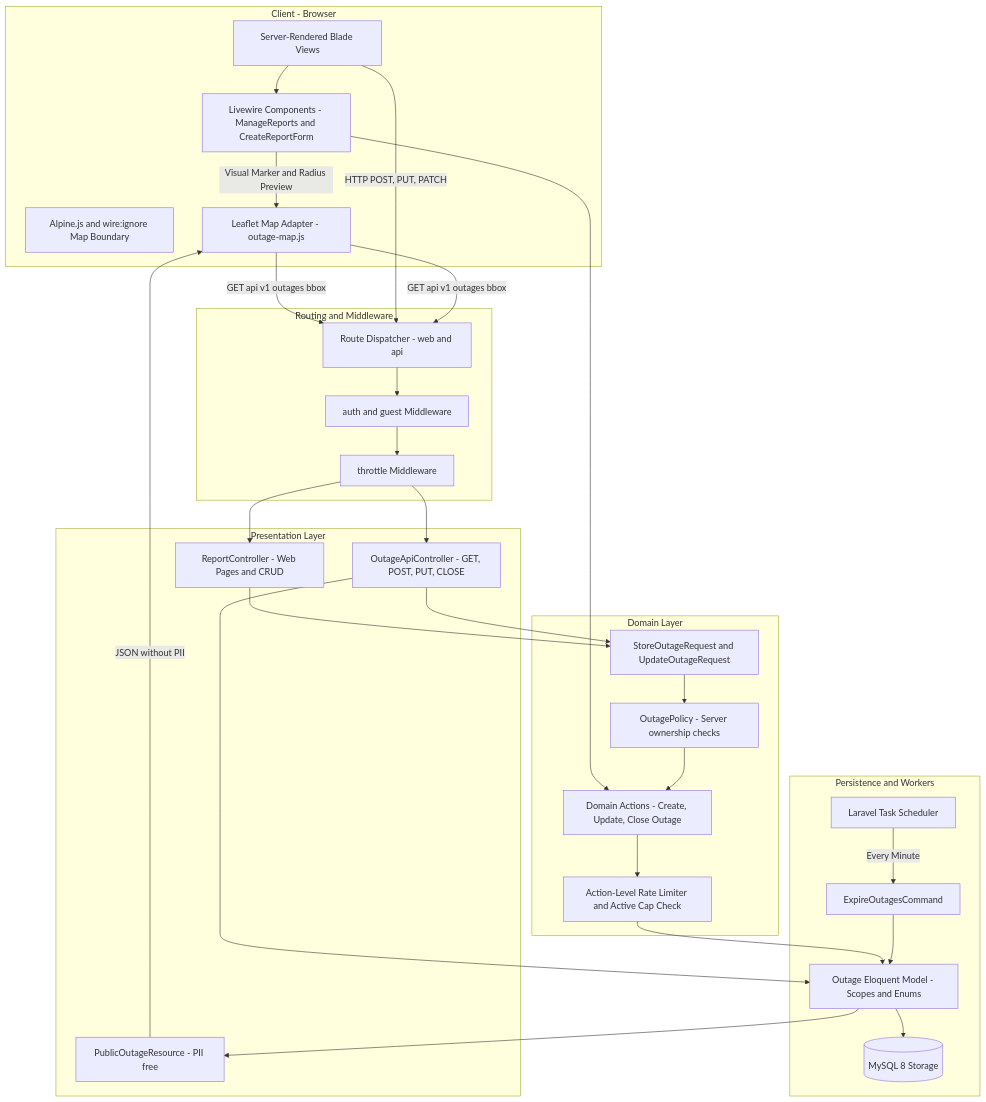
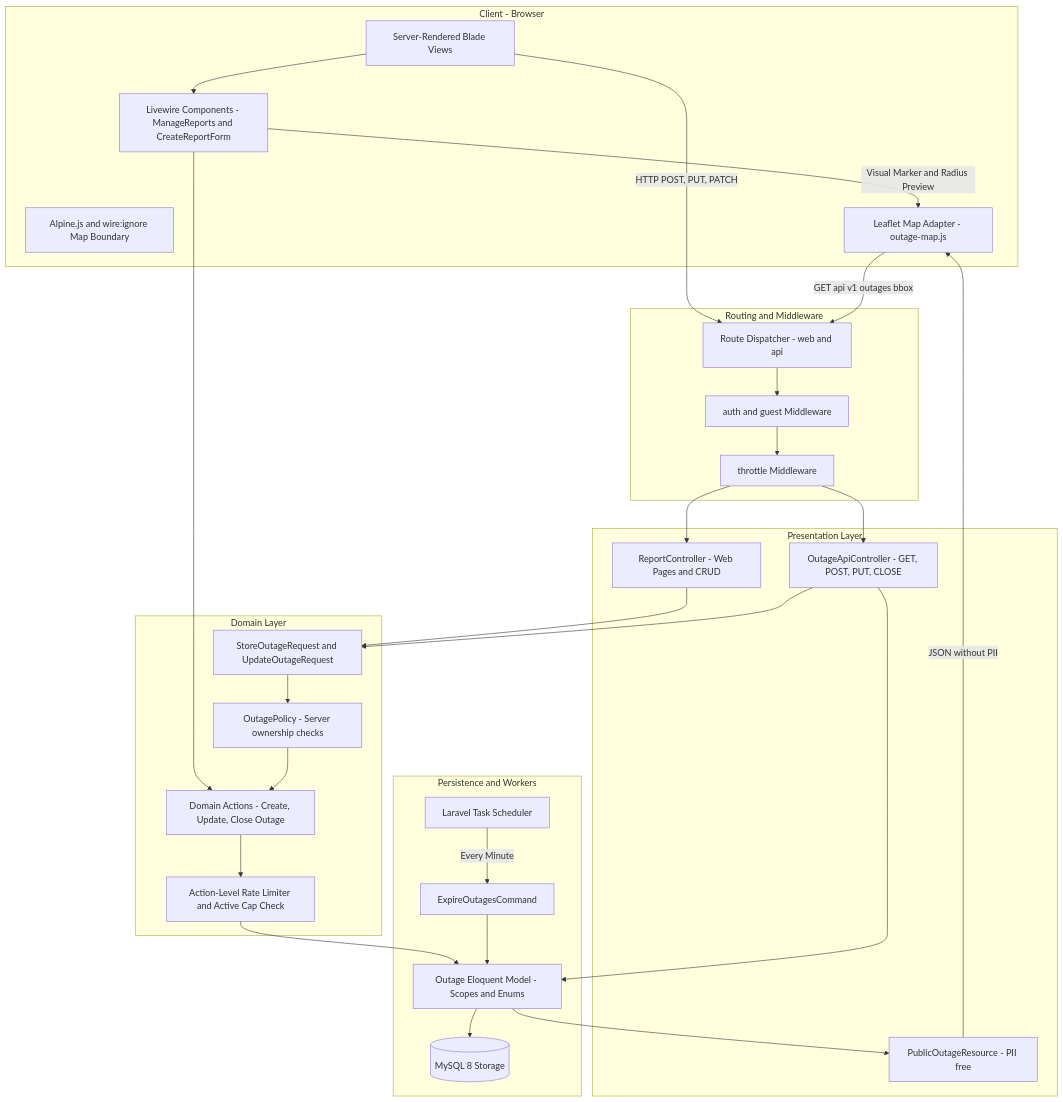
One commit to AlbertsH13/power-outage-map changed the second of 5 diagrams in ARCHITECTURE.md. Above: the diagram before and after it, drawn with Mermaid. The commit also changed other lines of this file and 2 other files, not shown here.

Commit message:
docs: synchronize PLAN, ARCHITECTURE and README for hybrid Livewire architecture

````diff
--- a/ARCHITECTURE.md
+++ b/ARCHITECTURE.md
@@ -52,62 +52,61 @@
 ```mermaid
 flowchart TD
     subgraph Client ["Client - Browser"]
         UI["Server-Rendered Blade Views"]
         Livewire["Livewire Components - ManageReports and CreateReportForm"]
         Alpine["Alpine.js and wire:ignore Map Boundary"]
         Adapter["Leaflet Map Adapter - outage-map.js"]
     end
 
     subgraph HTTP ["Routing and Middleware"]
         Route["Route Dispatcher - web and api"]
         AuthMid["auth and guest Middleware"]
         ThrottleMid["throttle Middleware"]
     end
 
     subgraph Presentation ["Presentation Layer"]
         ReportController["ReportController - Web Pages and CRUD"]
         ApiController["OutageApiController - GET, POST, PUT, CLOSE"]
         Resource["PublicOutageResource - PII free"]
     end
 
     subgraph Domain ["Domain Layer"]
         Policy["OutagePolicy - Server ownership checks"]
         FormRequest["StoreOutageRequest and UpdateOutageRequest"]
         Actions["Domain Actions - Create, Update, Close Outage"]
         ActionLimiter["Action-Level Rate Limiter and Active Cap Check"]
     end
 
     subgraph Persistence ["Persistence and Workers"]
         Model["Outage Eloquent Model - Scopes and Enums"]
         DB[("MySQL 8 Storage")]
         Job["ExpireOutagesCommand"]
         SchedulerCron["Laravel Task Scheduler"]
     end
 
     UI --> Livewire
     Livewire -->|"Visual Marker and Radius Preview"| Adapter
-    Adapter -->|"GET api v1 outages bbox"| Route
     Livewire --> Actions
     UI -->|"HTTP POST, PUT, PATCH"| Route
     Adapter -->|"GET api v1 outages bbox"| Route
 
     Route --> AuthMid
     AuthMid --> ThrottleMid
     ThrottleMid --> ReportController
     ThrottleMid --> ApiController
 
     ApiController --> Model
     Model --> Resource
     Resource -->|"JSON without PII"| Adapter
 
     ReportController --> FormRequest
     ApiController --> FormRequest
     FormRequest --> Policy
     Policy --> Actions
     Actions --> ActionLimiter
     ActionLimiter --> Model
     Model --> DB
 
     SchedulerCron -->|"Every Minute"| Job
     Job --> Model
 ```
````
